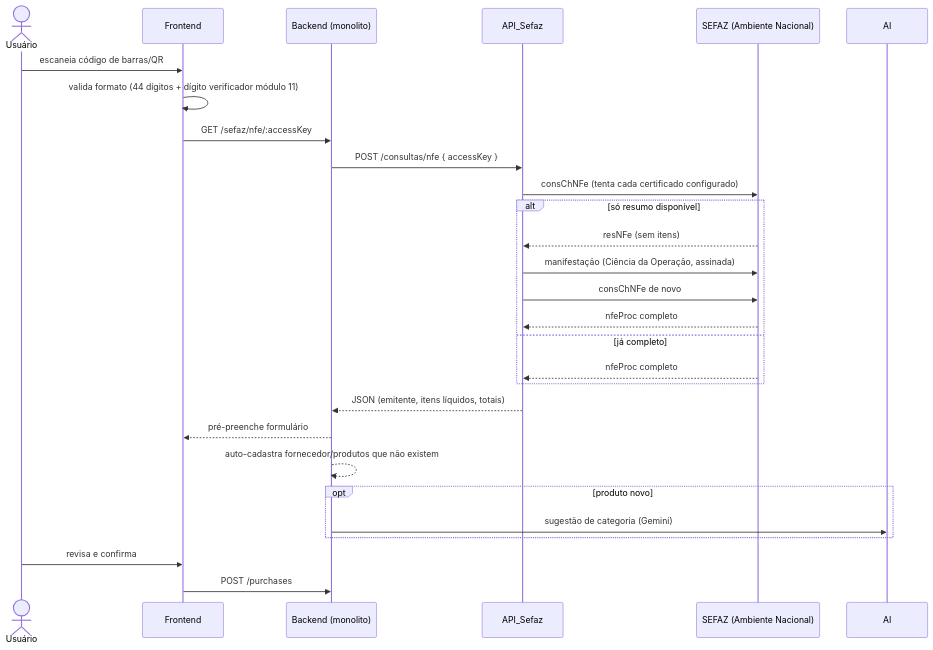
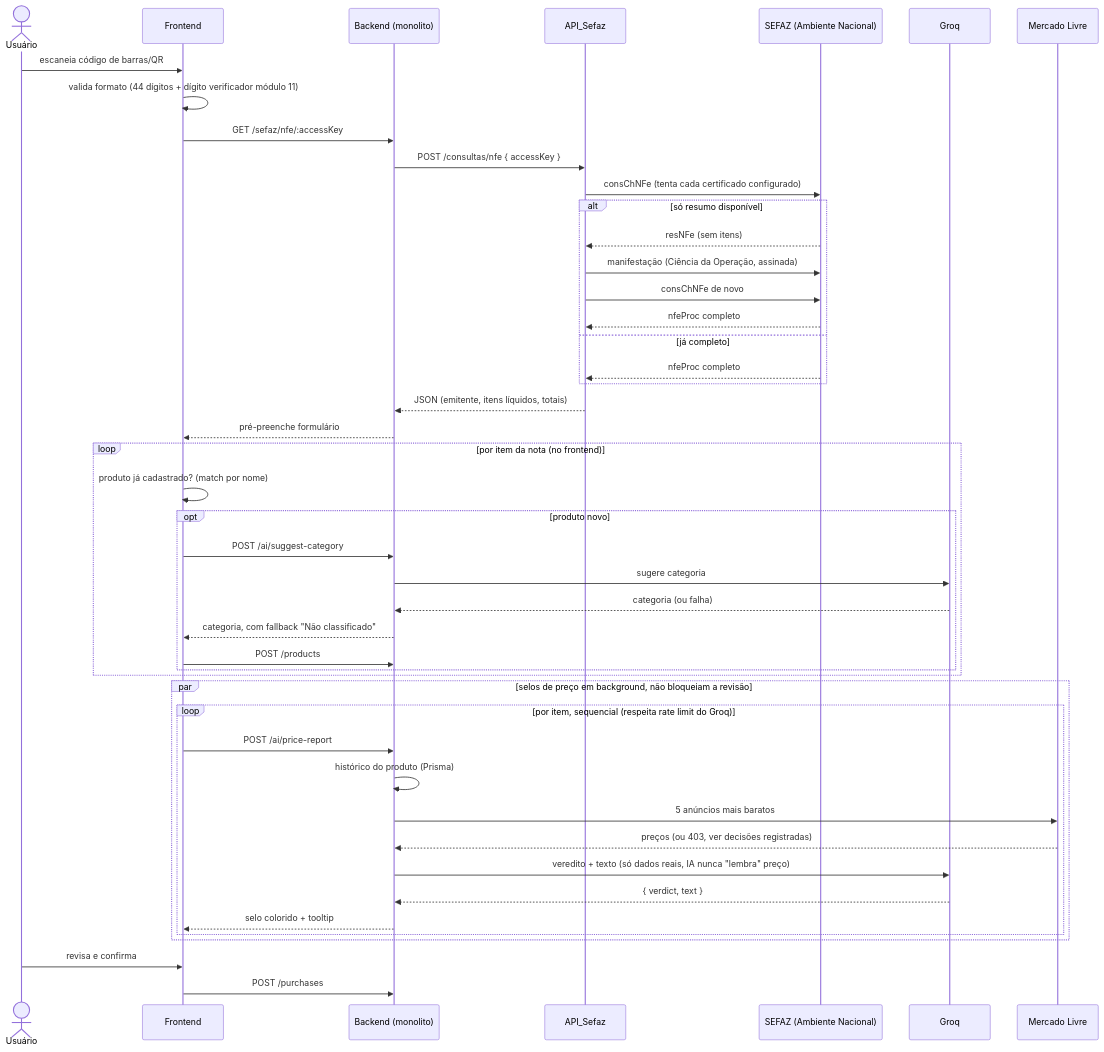
One commit to tiagogdella/API_Sefaz_CCD changed the third of 4 diagrams in docs/arquitetura-geral.md. Above: the diagram before and after it, drawn with Mermaid. The commit also changed other lines of this file, not shown here.

Commit message:
docs: atualiza arquitetura com IA (Groq) e Mercado Livre
- Gemini -> Groq nos diagramas e na tabela de decisões
- Groq e Mercado Livre como serviços externos, não dentro do monolito
- diagrama de sequência reescrito: fluxo real é orquestrado pelo
  frontend (sugestão de categoria por item + selos de preço em
  background), não só pelo backend como o diagrama antigo sugeria

````diff
--- a/docs/arquitetura-geral.md
+++ b/docs/arquitetura-geral.md
@@ -93,32 +95,54 @@
 ```mermaid
 sequenceDiagram
     actor Usuário
     participant Frontend
     participant Backend as Backend (monolito)
     participant Sefaz as API_Sefaz
     participant SefazGov as SEFAZ (Ambiente Nacional)
+    participant Groq
+    participant ML as Mercado Livre
 
     Usuário->>Frontend: escaneia código de barras/QR
     Frontend->>Frontend: valida formato (44 dígitos + dígito verificador módulo 11)
     Frontend->>Backend: GET /sefaz/nfe/:accessKey
     Backend->>Sefaz: POST /consultas/nfe { accessKey }
     Sefaz->>SefazGov: consChNFe (tenta cada certificado configurado)
 
     alt só resumo disponível
         SefazGov-->>Sefaz: resNFe (sem itens)
         Sefaz->>SefazGov: manifestação (Ciência da Operação, assinada)
         Sefaz->>SefazGov: consChNFe de novo
         SefazGov-->>Sefaz: nfeProc completo
     else já completo
         SefazGov-->>Sefaz: nfeProc completo
     end
 
     Sefaz-->>Backend: JSON (emitente, itens líquidos, totais)
     Backend-->>Frontend: pré-preenche formulário
-    Backend-->>Backend: auto-cadastra fornecedor/produtos que não existem
-    opt produto novo
-        Backend->>AI: sugestão de categoria (Gemini)
+
+    loop por item da nota (no frontend)
+        Frontend->>Frontend: produto já cadastrado? (match por nome)
+        opt produto novo
+            Frontend->>Backend: POST /ai/suggest-category
+            Backend->>Groq: sugere categoria
+            Groq-->>Backend: categoria (ou falha)
+            Backend-->>Frontend: categoria, com fallback "Não classificado"
+            Frontend->>Backend: POST /products
+        end
     end
+
+    par selos de preço em background, não bloqueiam a revisão
+        loop por item, sequencial (respeita rate limit do Groq)
+            Frontend->>Backend: POST /ai/price-report
+            Backend->>Backend: histórico do produto (Prisma)
+            Backend->>ML: 5 anúncios mais baratos
+            ML-->>Backend: preços (ou 403, ver decisões registradas)
+            Backend->>Groq: veredito + texto (só dados reais, IA nunca "lembra" preço)
+            Groq-->>Backend: { verdict, text }
+            Backend-->>Frontend: selo colorido + tooltip
+        end
+    end
+
     Usuário->>Frontend: revisa e confirma
     Frontend->>Backend: POST /purchases
 ```
````
